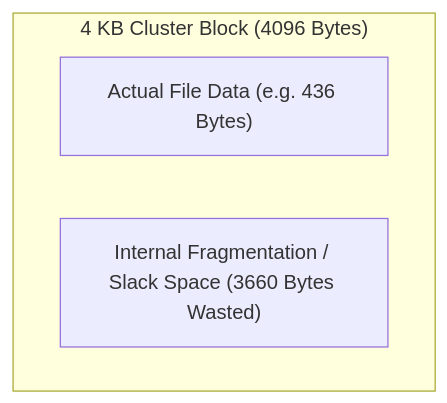
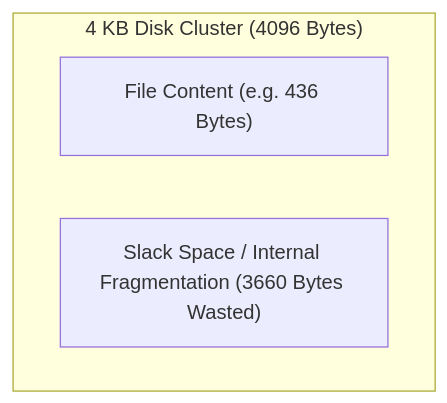
The third of 3 diagrams in report.md (rachit-mangawa/os_project_file_system_and_file_management), drawn with Mermaid before and after one commit. The commit also changed other lines of this file and 4 other files, not shown here.

````diff
--- a/report.md
+++ b/report.md
@@ -112,8 +111,8 @@
 ```mermaid
 flowchart LR
-    subgraph Block ["4 KB Cluster Block (4096 Bytes)"]
+    subgraph Cluster ["4 KB Disk Cluster (4096 Bytes)"]
         direction LR
-        Data["Actual File Data (e.g. 436 Bytes)"]
-        Slack["Internal Fragmentation / Slack Space (3660 Bytes Wasted)"]
+        Data["File Content (e.g. 436 Bytes)"]
+        Slack["Slack Space / Internal Fragmentation (3660 Bytes Wasted)"]
     end
 ```
````
